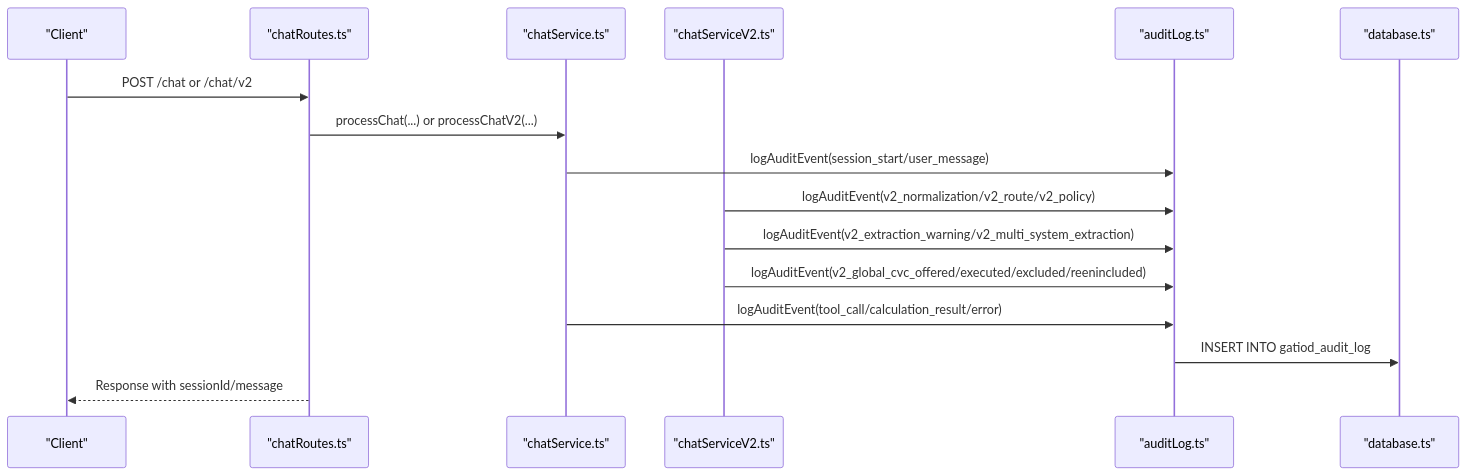
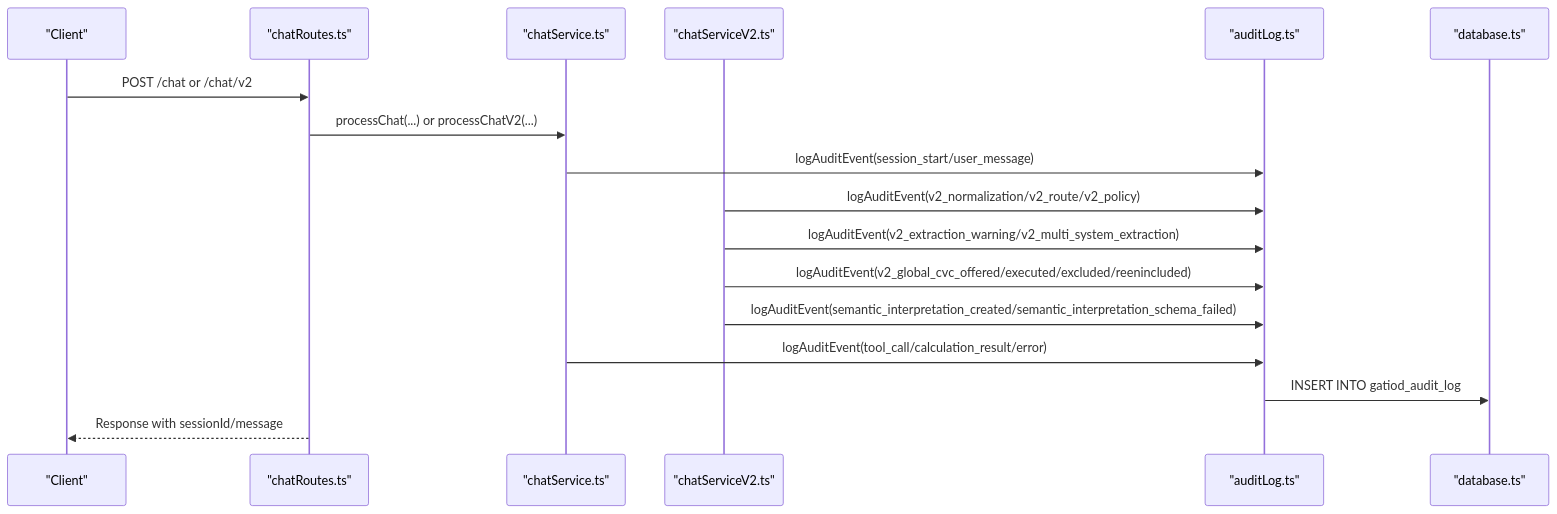
The second of 3 diagrams in .qoder/repowiki/en/content/Core Features/Audit Logging and Compliance.md (ongchonghian/gatiod-chat-assistant), drawn with Mermaid before and after one commit. The commit also changed other lines of this file and 32 other files, not shown here.

````diff
--- a/.qoder/repowiki/en/content/Core Features/Audit Logging and Compliance.md
+++ b/.qoder/repowiki/en/content/Core Features/Audit Logging and Compliance.md
@@ -126,18 +142,19 @@
 ```mermaid
 sequenceDiagram
 participant Client as "Client"
 participant API as "chatRoutes.ts"
 participant V1 as "chatService.ts"
 participant V2 as "chatServiceV2.ts"
 participant Audit as "auditLog.ts"
 participant DB as "database.ts"
 Client->>API : POST /chat or /chat/v2
 API->>V1 : processChat(...) or processChatV2(...)
 V1->>Audit : logAuditEvent(session_start/user_message)
 V2->>Audit : logAuditEvent(v2_normalization/v2_route/v2_policy)
 V2->>Audit : logAuditEvent(v2_extraction_warning/v2_multi_system_extraction)
 V2->>Audit : logAuditEvent(v2_global_cvc_offered/executed/excluded/reenincluded)
+V2->>Audit : logAuditEvent(semantic_interpretation_created/semantic_interpretation_schema_failed)
 V1->>Audit : logAuditEvent(tool_call/calculation_result/error)
 Audit->>DB : INSERT INTO gatiod_audit_log
 API-->>Client : Response with sessionId/message
 ```
````
